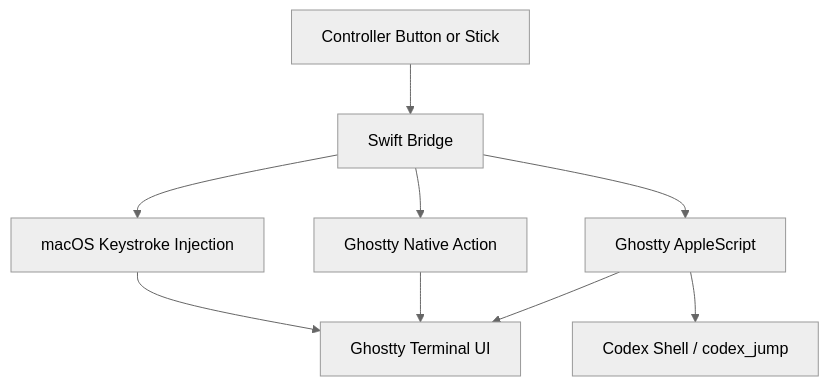
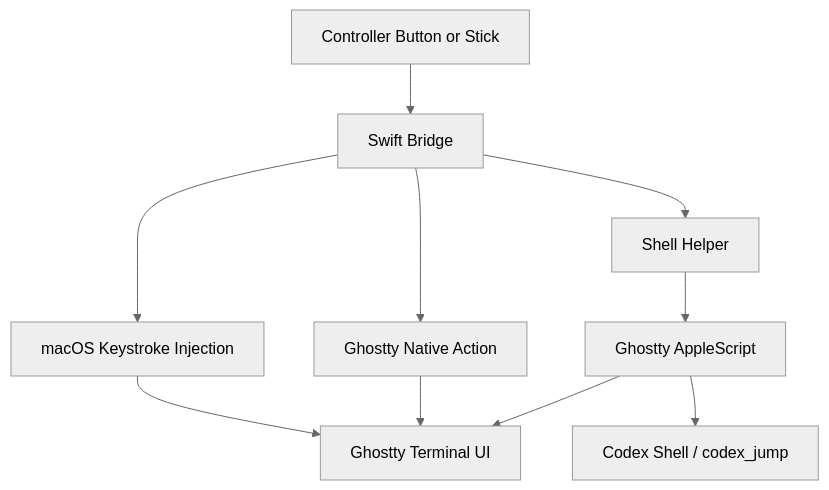
Before and after one commit to wisdom-in-a-nutshell/stadia-macos-controller: the diagram in docs/architecture/ghostty-integration.md, drawn with Mermaid (neutral theme). The commit also changed other lines of this file and 4 other files, not shown here.

````diff
--- a/docs/architecture/ghostty-integration.md
+++ b/docs/architecture/ghostty-integration.md
@@ -5,19 +5,21 @@
 ```mermaid
 flowchart TD
     Button[Controller Button or Stick]
     Bridge[Swift Bridge]
     Keystroke[macOS Keystroke Injection]
     GhosttyAction[Ghostty Native Action]
+    Shell[Shell Helper]
     AppleScript[Ghostty AppleScript]
     CodexShell[Codex Shell / codex_jump]
     Ghostty[Ghostty Terminal UI]
 
     Button --> Bridge
     Bridge --> Keystroke
     Bridge --> GhosttyAction
-    Bridge --> AppleScript
+    Bridge --> Shell
+    Shell --> AppleScript
     AppleScript --> CodexShell
     Keystroke --> Ghostty
     GhosttyAction --> Ghostty
     AppleScript --> Ghostty
 ```
````
